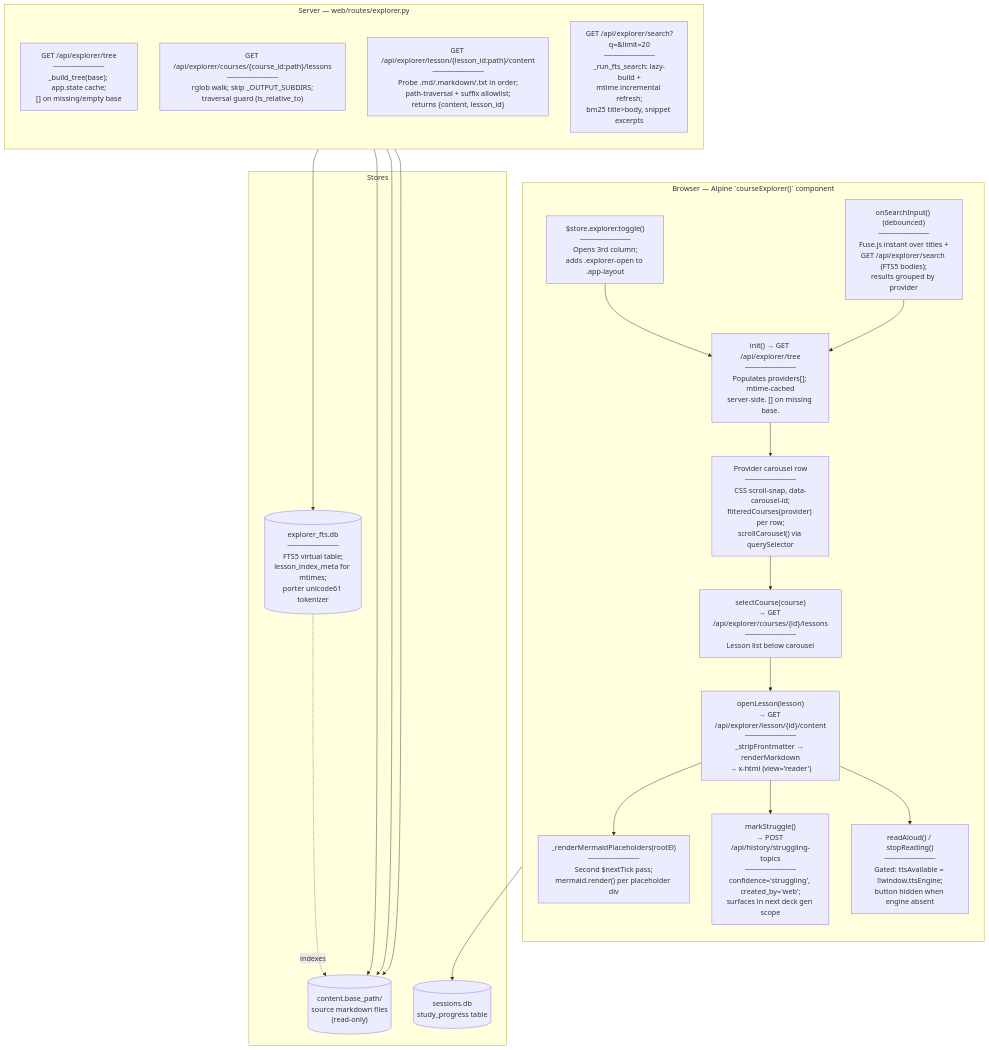
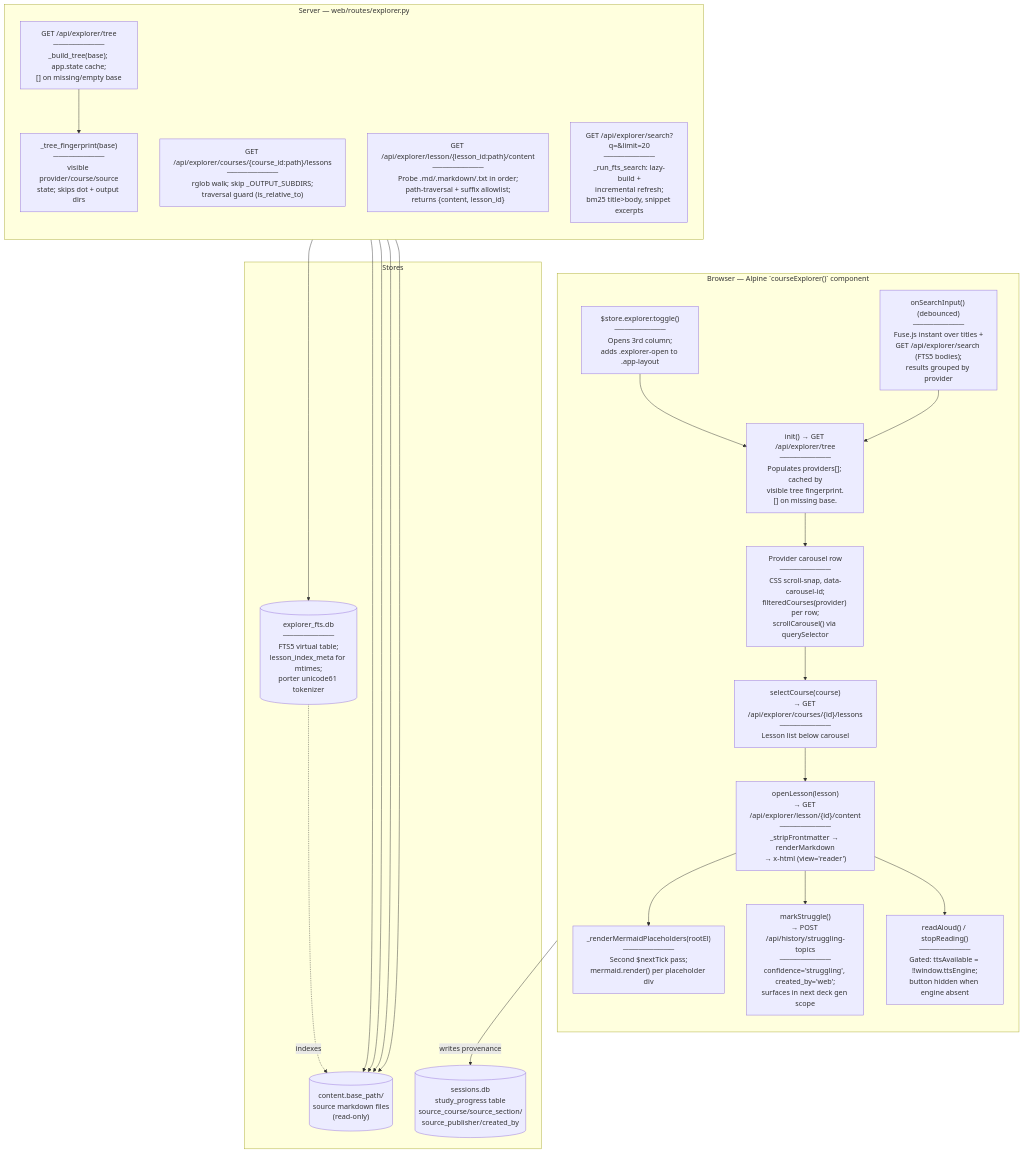
One commit to NetDevAutomate/StudyLoop changed diagram 11 of 11 in docs/architecture/current.md. Above: the diagram before and after it, drawn with Mermaid. The commit also changed other lines of this file and 6 other files, not shown here.

First line of the commit message:
docs: align wave quality architecture docs

````diff
--- a/docs/architecture/current.md
+++ b/docs/architecture/current.md
@@ -570,45 +635,48 @@
 ```mermaid
 flowchart TB
     subgraph Browser["Browser — Alpine `courseExplorer()` component"]
       direction TB
       Toggle["$store.explorer.toggle()<br/>──────────<br/>Opens 3rd column;<br/>adds .explorer-open to .app-layout"]
-      TreeFetch["init() → GET /api/explorer/tree<br/>──────────<br/>Populates providers[]; mtime-cached<br/>server-side. [] on missing base."]
+      TreeFetch["init() → GET /api/explorer/tree<br/>──────────<br/>Populates providers[]; cached by<br/>visible tree fingerprint.<br/>[] on missing base."]
       Carousel["Provider carousel row<br/>──────────<br/>CSS scroll-snap, data-carousel-id;<br/>filteredCourses(provider) per row;<br/>scrollCarousel() via querySelector"]
       LessonFetch["selectCourse(course)<br/>→ GET /api/explorer/courses/{id}/lessons<br/>──────────<br/>Lesson list below carousel"]
       Reader["openLesson(lesson)<br/>→ GET /api/explorer/lesson/{id}/content<br/>──────────<br/>_stripFrontmatter → renderMarkdown<br/>→ x-html (view='reader')"]
       MermaidPass["_renderMermaidPlaceholders(rootEl)<br/>──────────<br/>Second $nextTick pass;<br/>mermaid.render() per placeholder div"]
       SearchBox["onSearchInput() (debounced)<br/>──────────<br/>Fuse.js instant over titles +<br/>GET /api/explorer/search (FTS5 bodies);<br/>results grouped by provider"]
       StruggleBtn["markStruggle()<br/>→ POST /api/history/struggling-topics<br/>──────────<br/>confidence='struggling', created_by='web';<br/>surfaces in next deck gen scope"]
       TTSBtn["readAloud() / stopReading()<br/>──────────<br/>Gated: ttsAvailable = !!window.ttsEngine;<br/>button hidden when engine absent"]
     end
 
     subgraph Backend["Server — web/routes/explorer.py"]
       direction TB
       TreeRoute["GET /api/explorer/tree<br/>──────────<br/>_build_tree(base); app.state cache;<br/>[] on missing/empty base"]
       LessonsRoute["GET /api/explorer/courses/{course_id:path}/lessons<br/>──────────<br/>rglob walk; skip _OUTPUT_SUBDIRS;<br/>traversal guard (is_relative_to)"]
       ContentRoute["GET /api/explorer/lesson/{lesson_id:path}/content<br/>──────────<br/>Probe .md/.markdown/.txt in order;<br/>path-traversal + suffix allowlist;<br/>returns {content, lesson_id}"]
-      SearchRoute["GET /api/explorer/search?q=&limit=20<br/>──────────<br/>_run_fts_search: lazy-build +<br/>mtime incremental refresh;<br/>bm25 title>body, snippet excerpts"]
+      SearchRoute["GET /api/explorer/search?q=&limit=20<br/>──────────<br/>_run_fts_search: lazy-build +<br/>incremental refresh;<br/>bm25 title>body, snippet excerpts"]
+      TreeKey["_tree_fingerprint(base)<br/>──────────<br/>visible provider/course/source<br/>state; skips dot + output dirs"]
     end
 
     subgraph Stores["Stores"]
       ContentBase[("content.base_path/<br/>source markdown files<br/>(read-only)")]
       FTSDb[("explorer_fts.db<br/>──────────<br/>FTS5 virtual table;<br/>lesson_index_meta for mtimes;<br/>porter unicode61 tokenizer")]
-      SessionDB[("sessions.db<br/>study_progress table")]
+      SessionDB[("sessions.db<br/>study_progress table<br/>source_course/source_section/<br/>source_publisher/created_by")]
     end
 
     Toggle --> TreeFetch
     TreeFetch --> Carousel
     Carousel --> LessonFetch
     LessonFetch --> Reader
     Reader --> MermaidPass
     SearchBox --> TreeFetch
     Reader --> StruggleBtn
     Reader --> TTSBtn
 
+    TreeRoute --> TreeKey
+    TreeKey --> ContentBase
     TreeRoute --> ContentBase
     LessonsRoute --> ContentBase
     ContentRoute --> ContentBase
     SearchRoute --> FTSDb
     FTSDb -.->|"indexes"| ContentBase
-    StruggleBtn --> SessionDB
+    StruggleBtn -->|"writes provenance"| SessionDB
 ```
````
